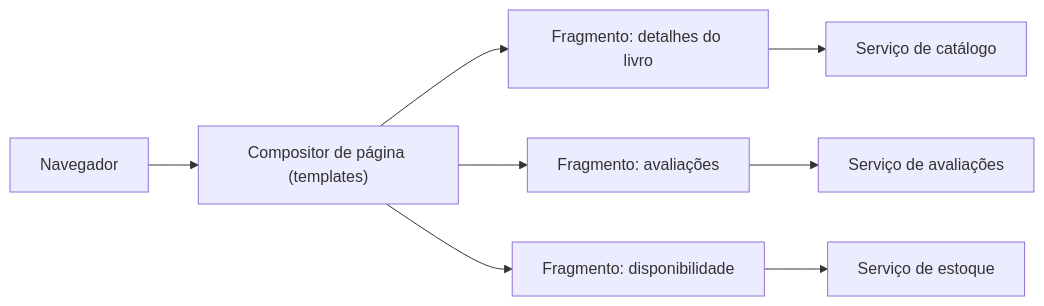
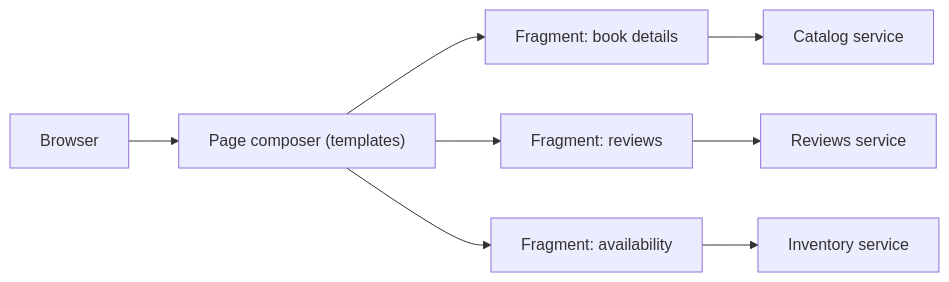
Before and after one commit to alancesar/design-patterns: the diagram in docs/architecture/microservices/ui-design/server-side-page-fragment-composition.md, drawn with Mermaid. The commit also changed 258 other files, not shown here.

First line of the commit message:
Translate Mermaid diagrams to English

````diff
--- a/docs/architecture/microservices/ui-design/server-side-page-fragment-composition.md
+++ b/docs/architecture/microservices/ui-design/server-side-page-fragment-composition.md
@@ -52,10 +52,10 @@
 ```mermaid
 flowchart LR
-    N[Navegador] --> P["Compositor de página (templates)"]
-    P --> F1["Fragmento: detalhes do livro"]
-    P --> F2["Fragmento: avaliações"]
-    P --> F3["Fragmento: disponibilidade"]
-    F1 --> S1[Serviço de catálogo]
-    F2 --> S2[Serviço de avaliações]
-    F3 --> S3[Serviço de estoque]
+    N[Browser] --> P["Page composer (templates)"]
+    P --> F1["Fragment: book details"]
+    P --> F2["Fragment: reviews"]
+    P --> F3["Fragment: availability"]
+    F1 --> S1[Catalog service]
+    F2 --> S2[Reviews service]
+    F3 --> S3[Inventory service]
 ```
````
